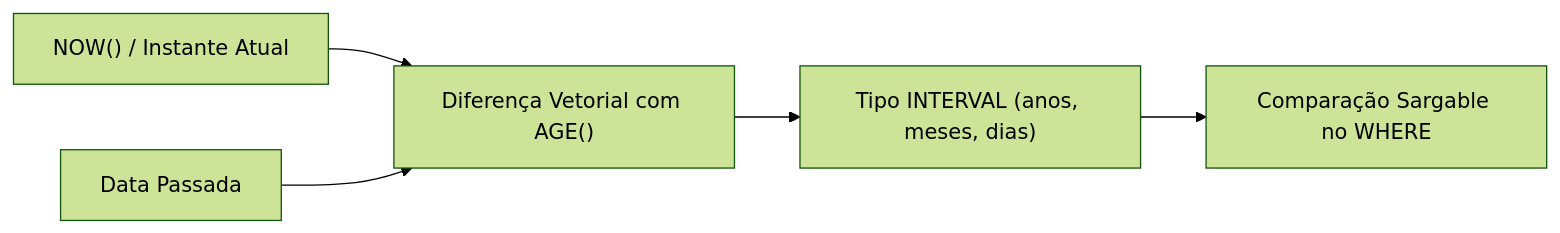
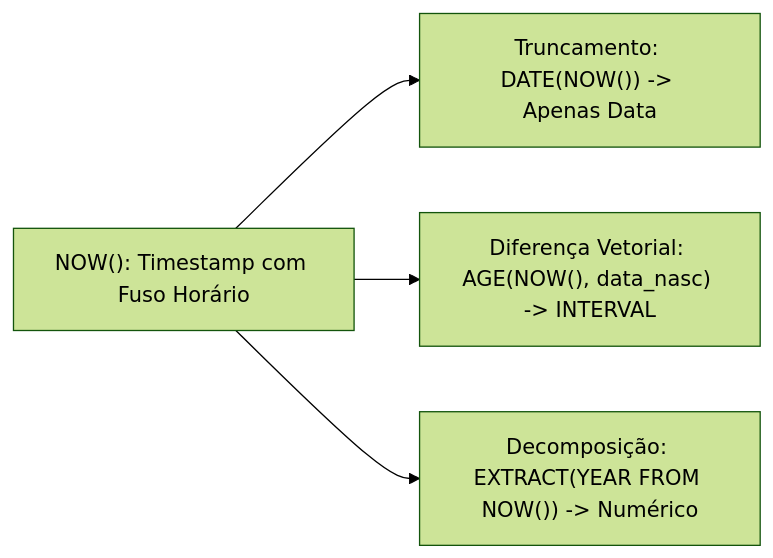
One commit to murilolol/unifef changed the tenth of 14 diagrams in 3º Semestre/[Prof. Guilherme de Morais] Banco de Dados II/Resumos-IA/Caderno-Consolidado.md. Above: the diagram before and after it, drawn with Mermaid (forest theme). The commit also changed other lines of this file and 40 other files, not shown here.

````diff
--- a/3º Semestre/[Prof. Guilherme de Morais] Banco de Dados II/Resumos-IA/Caderno-Consolidado.md
+++ b/3º Semestre/[Prof. Guilherme de Morais] Banco de Dados II/Resumos-IA/Caderno-Consolidado.md
@@ -734,7 +729,6 @@
 ```mermaid
 flowchart LR
-    A["NOW() / Instante Atual"] --> B["Diferença Vetorial com AGE()"]
-    C["Data Passada"] --> B
-    B --> D["Tipo INTERVAL (anos, meses, dias)"]
-    D --> E["Comparação Sargable no WHERE"]
+  A["NOW(): Timestamp com Fuso Horário"] --> B["Truncamento: DATE(NOW()) -> Apenas Data"]
+  A --> C["Diferença Vetorial: AGE(NOW(), data_nasc) -> INTERVAL"]
+  A --> D["Decomposição: EXTRACT(YEAR FROM NOW()) -> Numérico"]
 ```
````
